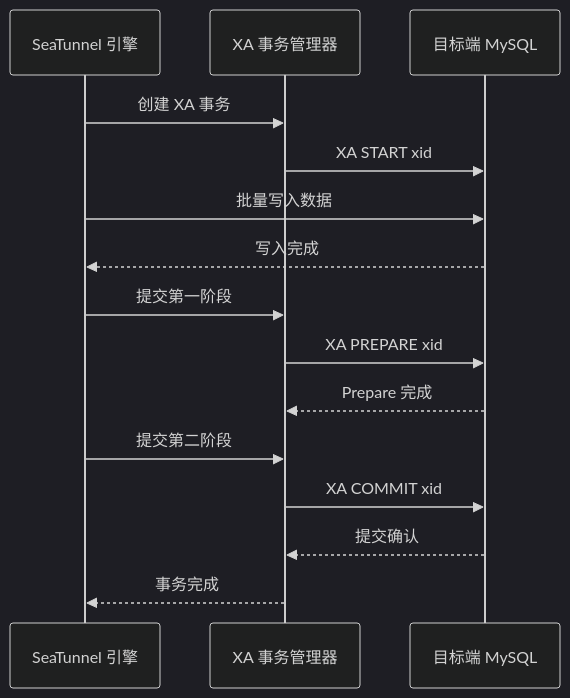
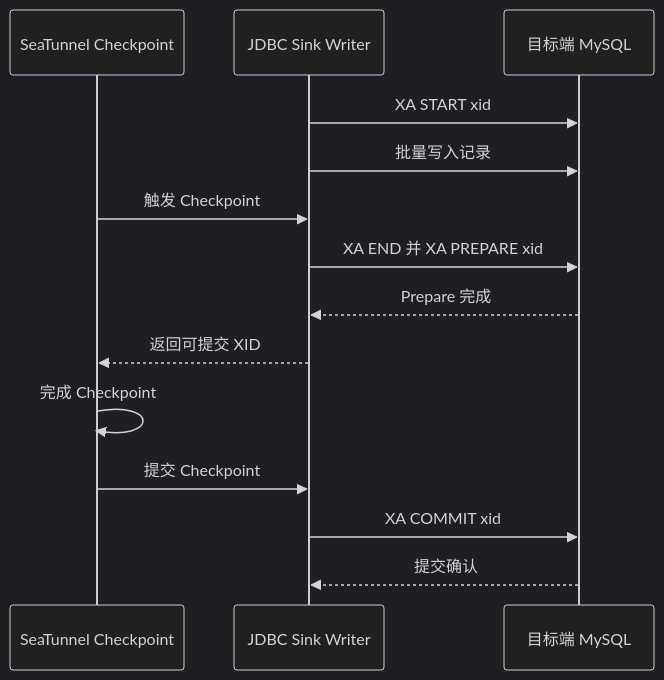
One commit to apache/seatunnel-website changed the sixth of 8 diagrams in i18n/zh-CN/docusaurus-plugin-content-blog/2026-07-25-seatunnel-zero-loss-zero-duplication-data-consistency.md. Above: the diagram before and after it, drawn with Mermaid (dark theme). The commit also changed other lines of this file and 1 other file, not shown here.

````diff
--- a/i18n/zh-CN/docusaurus-plugin-content-blog/2026-07-25-seatunnel-zero-loss-zero-duplication-data-consistency.md
+++ b/i18n/zh-CN/docusaurus-plugin-content-blog/2026-07-25-seatunnel-zero-loss-zero-duplication-data-consistency.md
@@ -278,18 +295,17 @@
 ```mermaid
 sequenceDiagram
-    participant ST as SeaTunnel 引擎
-    participant XA as XA 事务管理器
+    participant ST as SeaTunnel Checkpoint
+    participant XA as JDBC Sink Writer
     participant DB as 目标端 MySQL
 
-    ST->>XA: 创建 XA 事务
     XA->>DB: XA START xid
-    ST->>DB: 批量写入数据
-    DB-->>ST: 写入完成
-    ST->>XA: 提交第一阶段
-    XA->>DB: XA PREPARE xid
+    XA->>DB: 批量写入记录
+    ST->>XA: 触发 Checkpoint
+    XA->>DB: XA END 并 XA PREPARE xid
     DB-->>XA: Prepare 完成
-    ST->>XA: 提交第二阶段
+    XA-->>ST: 返回可提交 XID
+    ST->>ST: 完成 Checkpoint
+    ST->>XA: 提交 Checkpoint
     XA->>DB: XA COMMIT xid
     DB-->>XA: 提交确认
-    XA-->>ST: 事务完成
 ```
````
